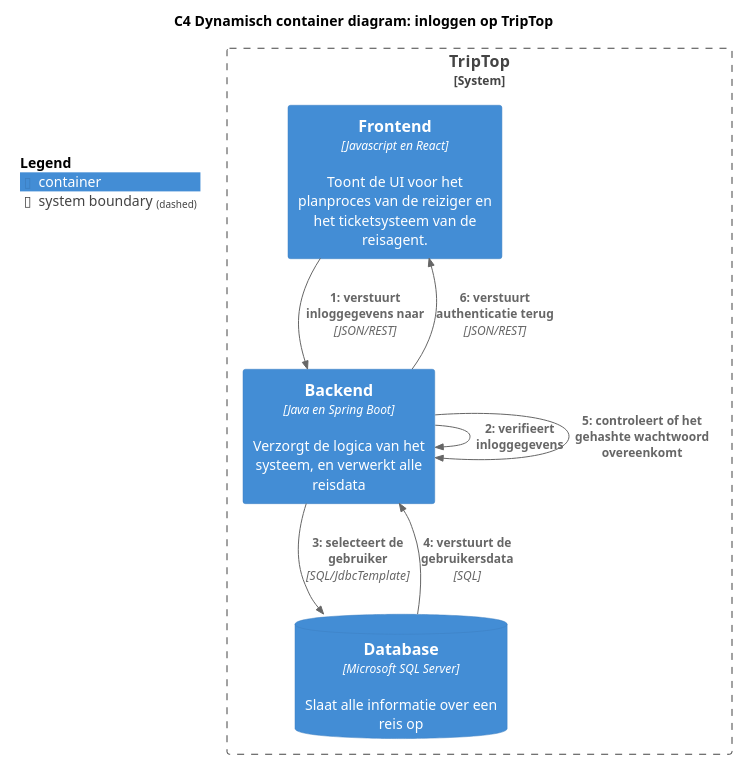
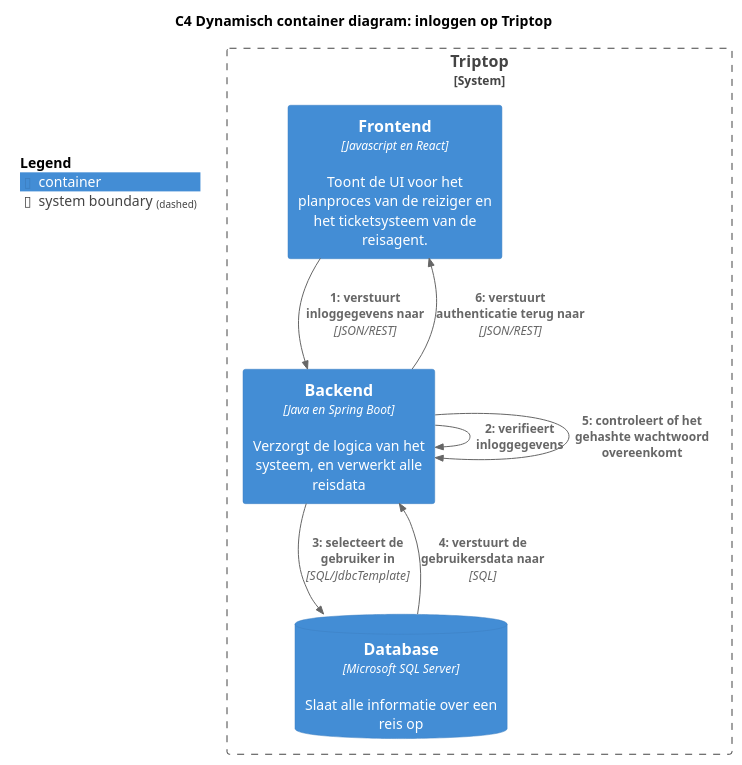
Before and after one commit to AIM-ENE-feb25/triptop-groep-4-jochem-roald-stijn-a: the diagram in software-guidebook/sgb-bestanden/dynamisch-container-diagram-inloggen.puml, drawn with PlantUML. The commit also changed 11 other files, not shown here.

```diff
--- a/software-guidebook/sgb-bestanden/dynamisch-container-diagram-inloggen.puml
+++ b/software-guidebook/sgb-bestanden/dynamisch-container-diagram-inloggen.puml
@@ -1,26 +1,26 @@
 @startuml
-title C4 Dynamisch container diagram: inloggen op TripTop
+title C4 Dynamisch container diagram: inloggen op Triptop
 !include <C4/C4_Container.puml>
 
 top to bottom direction
 
 SHOW_PERSON_OUTLINE()
 
-System_Boundary(system, "TripTop") {
+System_Boundary(system, "Triptop") {
     Container(frontend, "Frontend", "Javascript en React", "Toont de UI voor het planproces van de reiziger en het ticketsysteem van de reisagent.")
     Container(backend, "Backend", "Java en Spring Boot", "Verzorgt de logica van het systeem, en verwerkt alle reisdata")
     ContainerDb(db, "Database", "Microsoft SQL Server", "Slaat alle informatie over een reis op")
 }
 
 Rel(frontend, backend, "1: verstuurt inloggegevens naar", "JSON/REST")
 
 Rel(backend, backend, "2: verifieert inloggegevens")
 
-Rel(backend, db, "3: selecteert de gebruiker", "SQL/JdbcTemplate")
-Rel(db, backend, "4: verstuurt de gebruikersdata", "SQL")
+Rel(backend, db, "3: selecteert de gebruiker in", "SQL/JdbcTemplate")
+Rel(db, backend, "4: verstuurt de gebruikersdata naar", "SQL")
 Rel(backend, backend, "5: controleert of het gehashte wachtwoord overeenkomt")
-Rel(backend, frontend, "6: verstuurt authenticatie terug", "JSON/REST")
+Rel(backend, frontend, "6: verstuurt authenticatie terug naar", "JSON/REST")
 
 SHOW_FLOATING_LEGEND()
 
 @enduml
```
